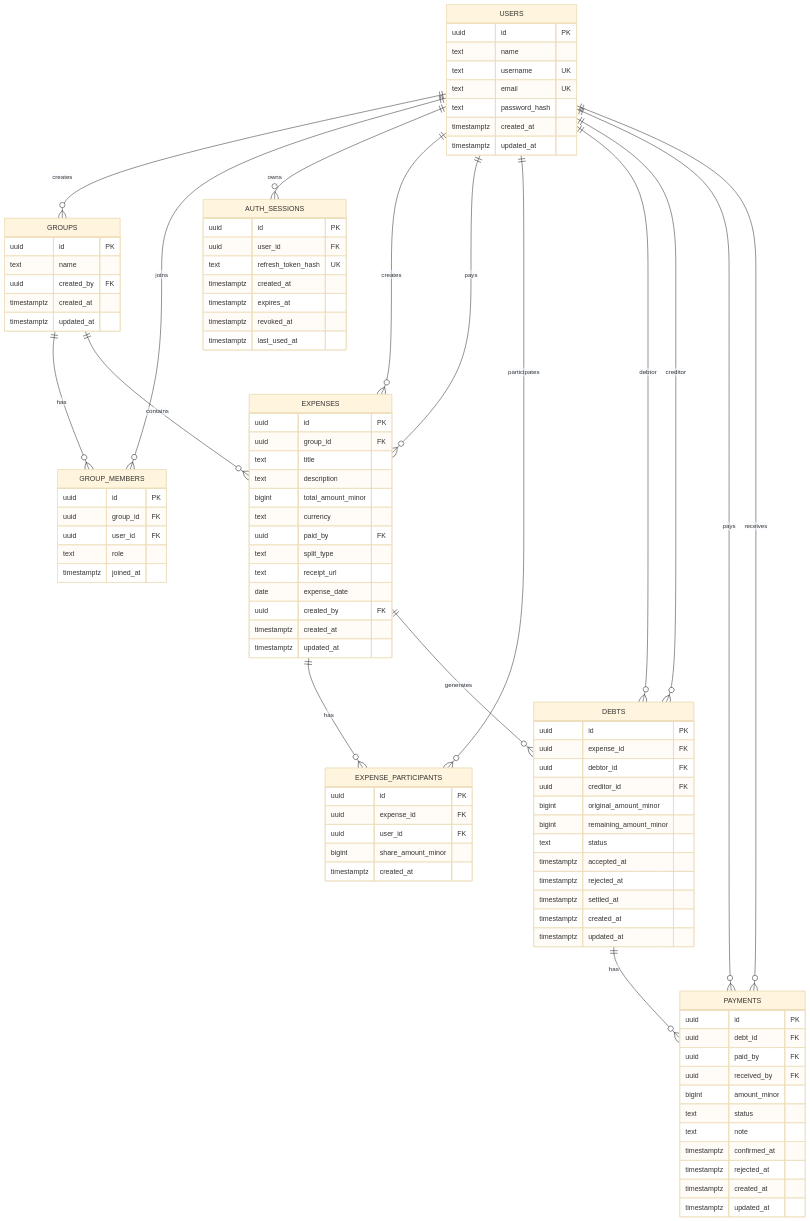
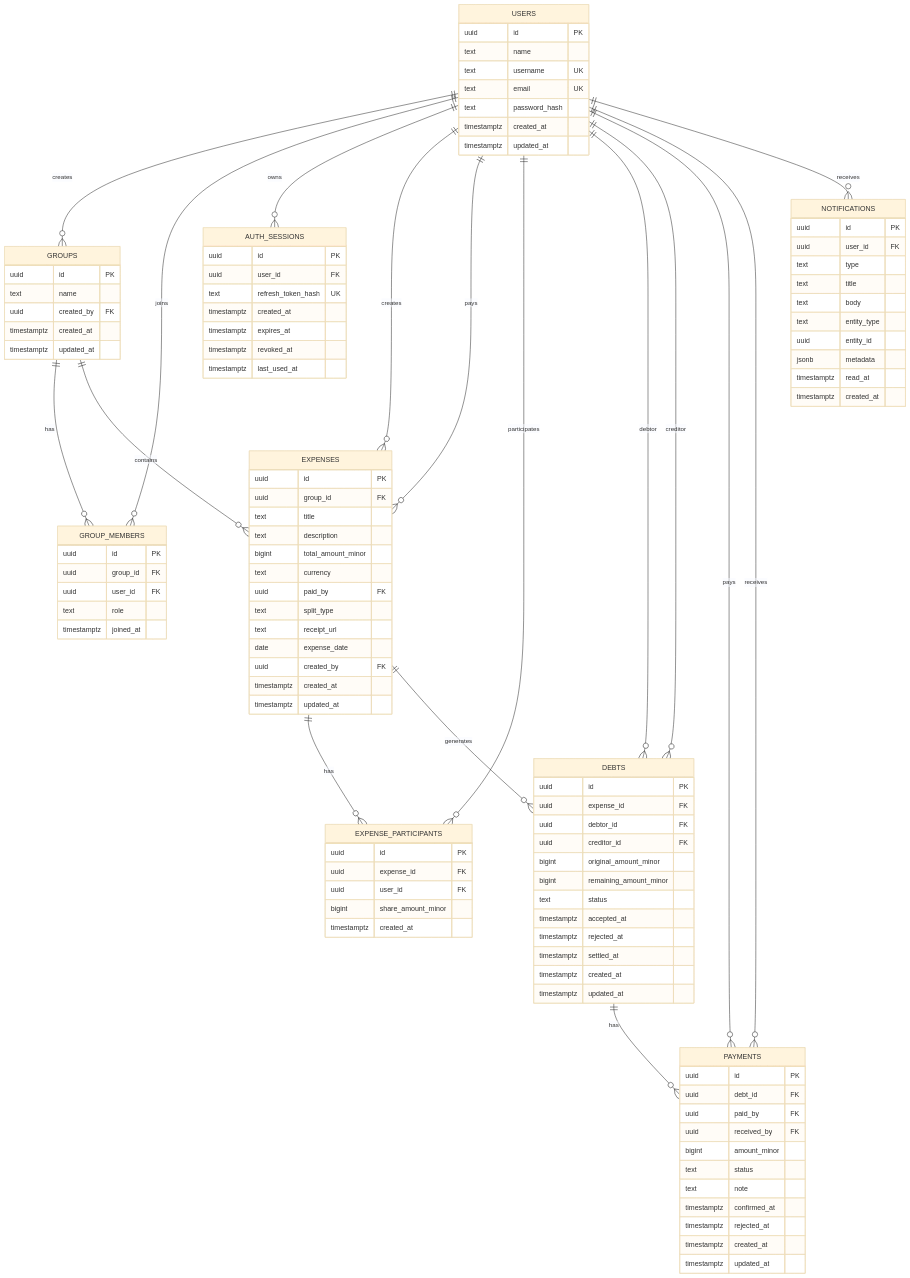
The diagram in docs/ERD.md (may-low-a-kyway-pay/mlakp-backend), drawn with Mermaid (base theme) before and after one commit. The commit also changed other lines of this file and 41 other files, not shown here.

````diff
--- a/docs/ERD.md
+++ b/docs/ERD.md
@@ -34,6 +34,8 @@
     DEBTS ||--o{ PAYMENTS : has
     USERS ||--o{ PAYMENTS : pays
     USERS ||--o{ PAYMENTS : receives
+
+    USERS ||--o{ NOTIFICATIONS : receives
 
     USERS {
         uuid id PK
@@ -123,4 +125,17 @@
         timestamptz created_at
         timestamptz updated_at
     }
+
+    NOTIFICATIONS {
+        uuid id PK
+        uuid user_id FK
+        text type
+        text title
+        text body
+        text entity_type
+        uuid entity_id
+        jsonb metadata
+        timestamptz read_at
+        timestamptz created_at
+    }
 ```
````
